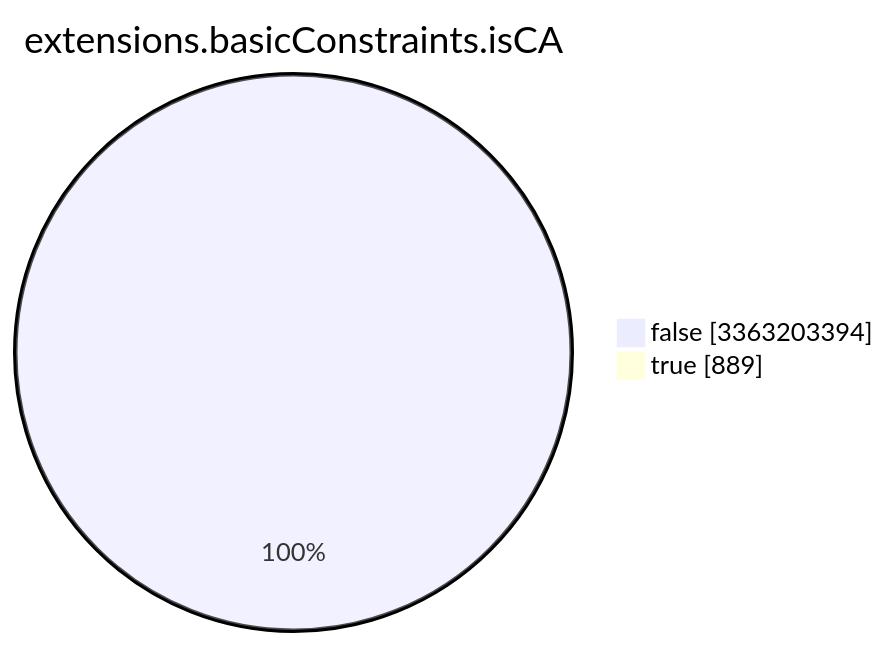
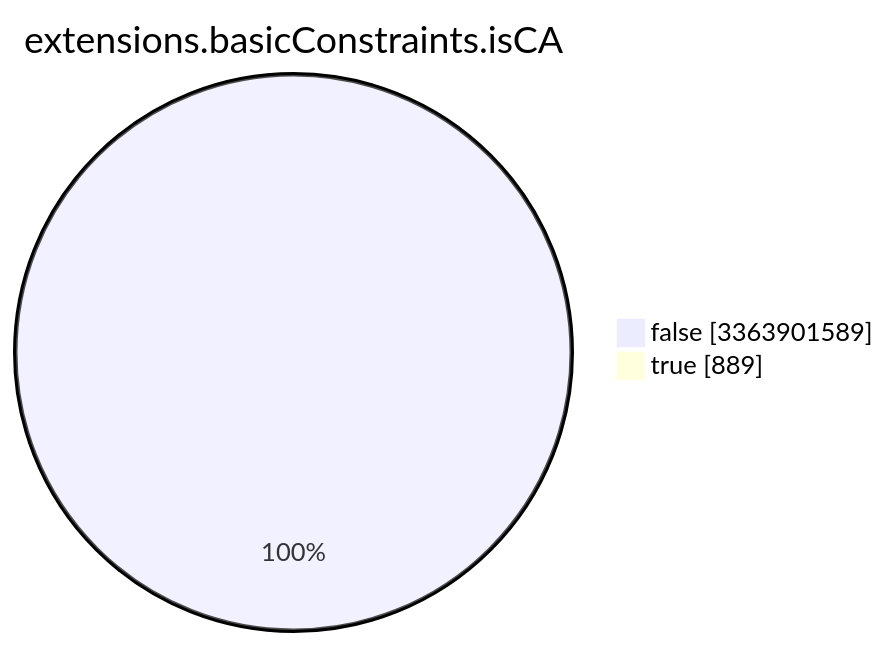
Before and after one commit to christiankrug/ctmonitor_visualization: the seventh of 15 diagrams in TOTAL/README.md, drawn with Mermaid. The commit also changed other lines of this file, not shown here.

````diff
--- a/TOTAL/README.md
+++ b/TOTAL/README.md
@@ -3090,6 +3090,6 @@
 ```mermaid
 pie showData
 title extensions.basicConstraints.isCA
-"false" :3363203394
+"false" :3363901589
 "true" :889
 ```
````
